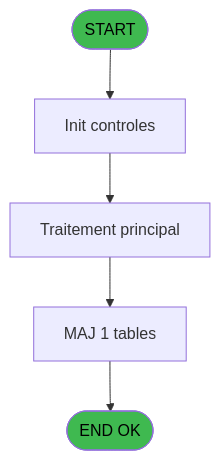
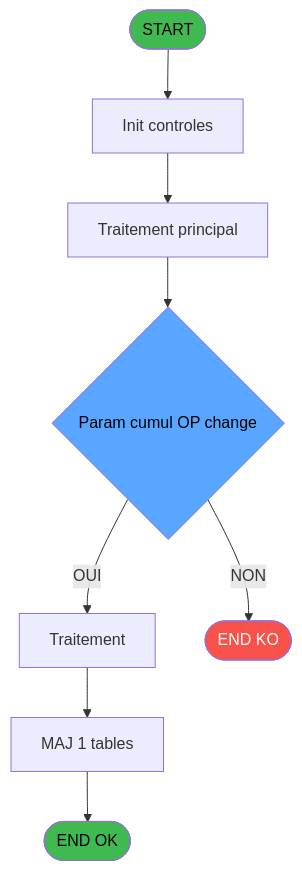
One commit to thonyAGP/lecteur-magic changed the first of 3 diagrams in .openspec/specs/ADH-IDE-142.md. Above: the diagram before and after it, drawn with Mermaid. The commit also changed other lines of this file and 493 other files, not shown here.

````diff
--- a/.openspec/specs/ADH-IDE-142.md
+++ b/.openspec/specs/ADH-IDE-142.md
@@ -55,14 +69,21 @@
 ```mermaid
 flowchart TD
     START([START])
     INIT[Init controles]
     SAISIE[Traitement principal]
+    DECISION{Param cumul OP change}
+    PROCESS[Traitement]
     UPDATE[MAJ 1 tables]
     ENDOK([END OK])
+    ENDKO([END KO])
 
-    START --> INIT --> SAISIE
-    SAISIE --> UPDATE --> ENDOK
+    START --> INIT --> SAISIE --> DECISION
+    DECISION -->|OUI| PROCESS
+    DECISION -->|NON| ENDKO
+    PROCESS --> UPDATE --> ENDOK
 
     style START fill:#3fb950,color:#000
     style ENDOK fill:#3fb950,color:#000
+    style ENDKO fill:#f85149,color:#fff
+    style DECISION fill:#58a6ff,color:#000
 ```
````
